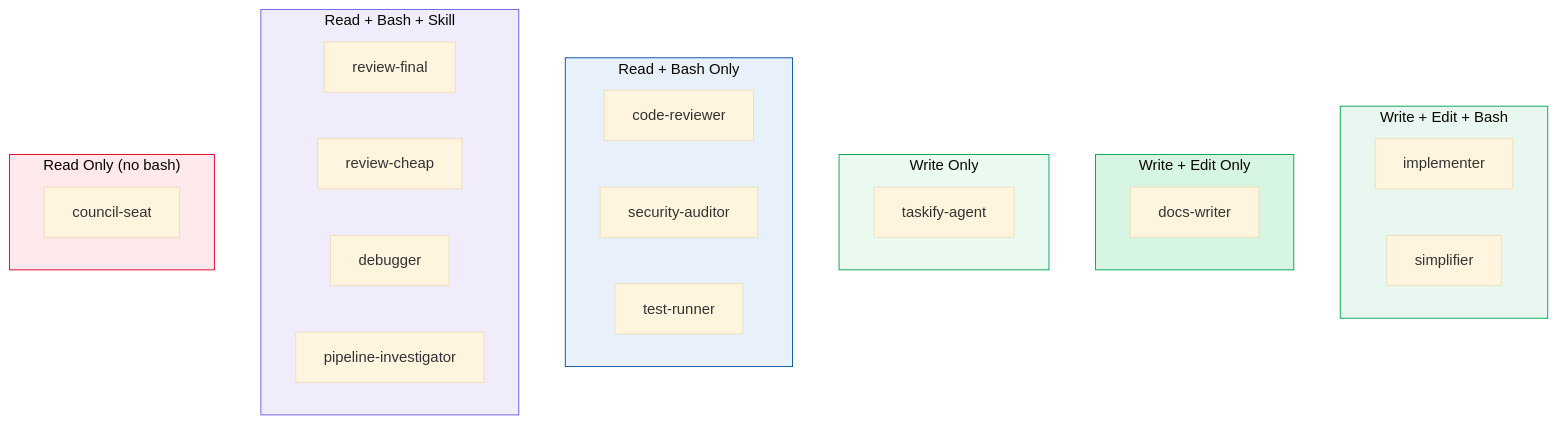
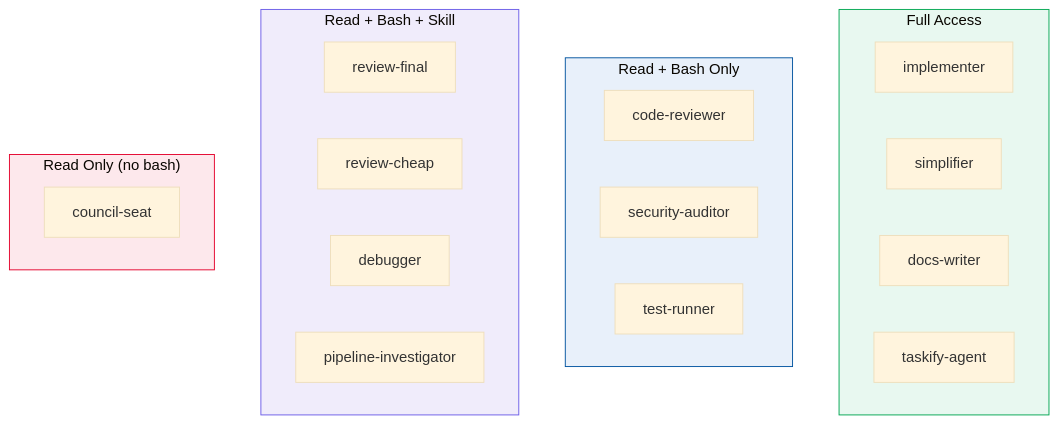
Before and after one commit to sean8601/mockserver-monorepo: the third of 7 diagrams in docs/operations/opencode-configuration.md, drawn with Mermaid (base theme). The commit also changed other lines of this file and 210 other files, not shown here.

````diff
--- a/docs/operations/opencode-configuration.md
+++ b/docs/operations/opencode-configuration.md
@@ -241,39 +241,31 @@
 ```mermaid
 flowchart TD
-    subgraph WriteBash["Write + Edit + Bash"]
+    subgraph Full["Full Access"]
         IMP2["implementer"]
         SIM2["simplifier"]
-    end
-
-    subgraph WriteEdit["Write + Edit Only"]
         DW2["docs-writer"]
-    end
-
-    subgraph WriteOnly["Write Only"]
         TA2["taskify-agent"]
     end
 
     subgraph ReadBash["Read + Bash Only"]
         CR2["code-reviewer"]
         SA2["security-auditor"]
         TR2["test-runner"]
     end
 
     subgraph ReadBashSkill["Read + Bash + Skill"]
         RF2["review-final"]
         RC2["review-cheap"]
         DB2["debugger"]
         PI2["pipeline-investigator"]
     end
 
     subgraph ReadOnly["Read Only (no bash)"]
         CS2["council-seat"]
     end
 
-    style WriteBash fill:#e8f8f0,stroke:#00a651
-    style WriteEdit fill:#d6f5e3,stroke:#00a651
-    style WriteOnly fill:#eafaf1,stroke:#00a651
+    style Full fill:#e8f8f0,stroke:#00a651
     style ReadBash fill:#e8f0fa,stroke:#00539f
     style ReadBashSkill fill:#f0ecfb,stroke:#6b5ce7
     style ReadOnly fill:#fde8ec,stroke:#e4002b
 ```
````
